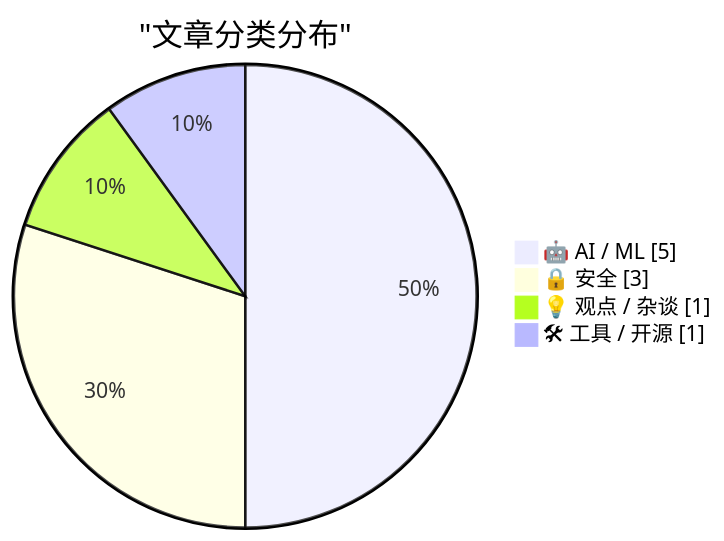
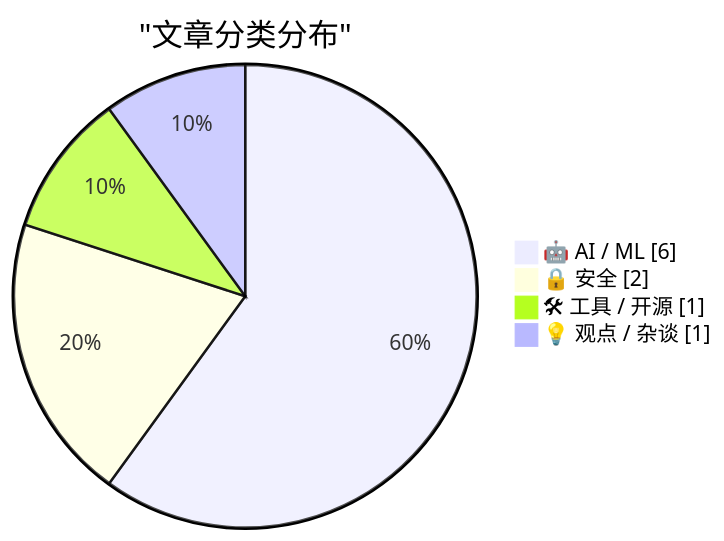
Before and after one commit to originem0/SZBlog: the first of 2 diagrams in content/ai-daily/2026-03-25.md, drawn with Mermaid. The commit also changed other lines of this file, not shown here.

````diff
--- a/content/ai-daily/2026-03-25.md
+++ b/content/ai-daily/2026-03-25.md
@@ -56,8 +60,8 @@
 ```mermaid
 pie showData
     title "文章分类分布"
-    "🤖 AI / ML" : 5
-    "🔒 安全" : 3
+    "🤖 AI / ML" : 6
+    "🔒 安全" : 2
+    "🛠 工具 / 开源" : 1
     "💡 观点 / 杂谈" : 1
-    "🛠 工具 / 开源" : 1
 ```
````
